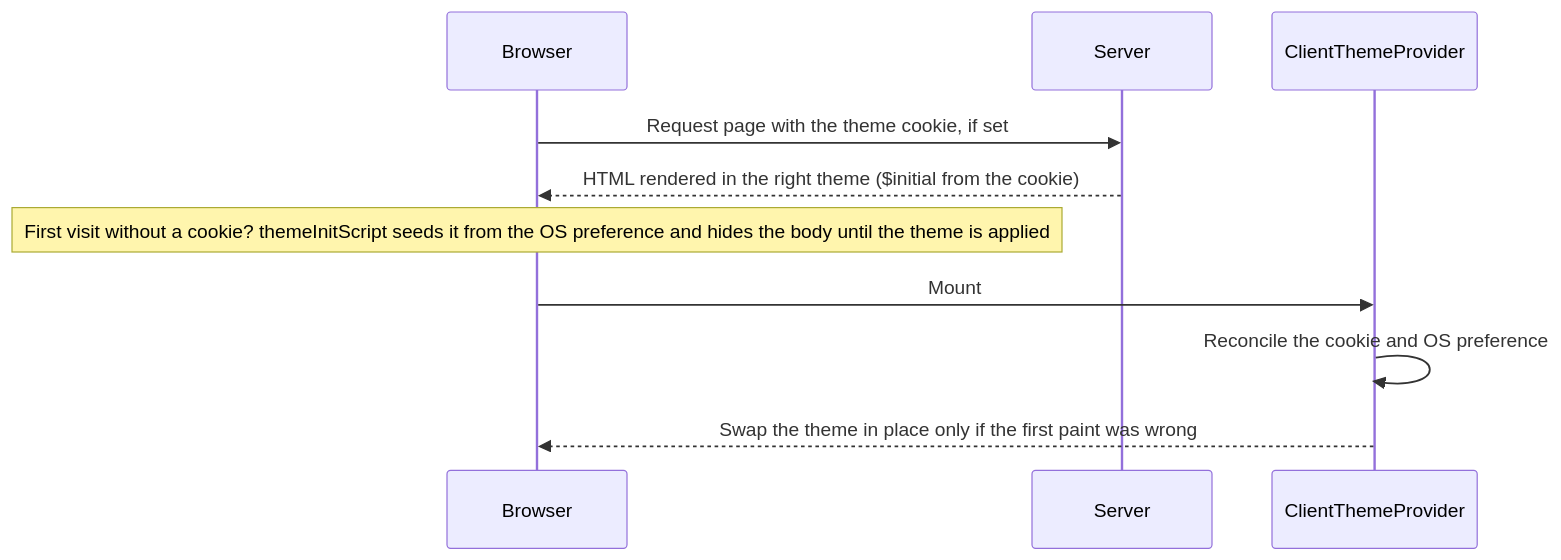
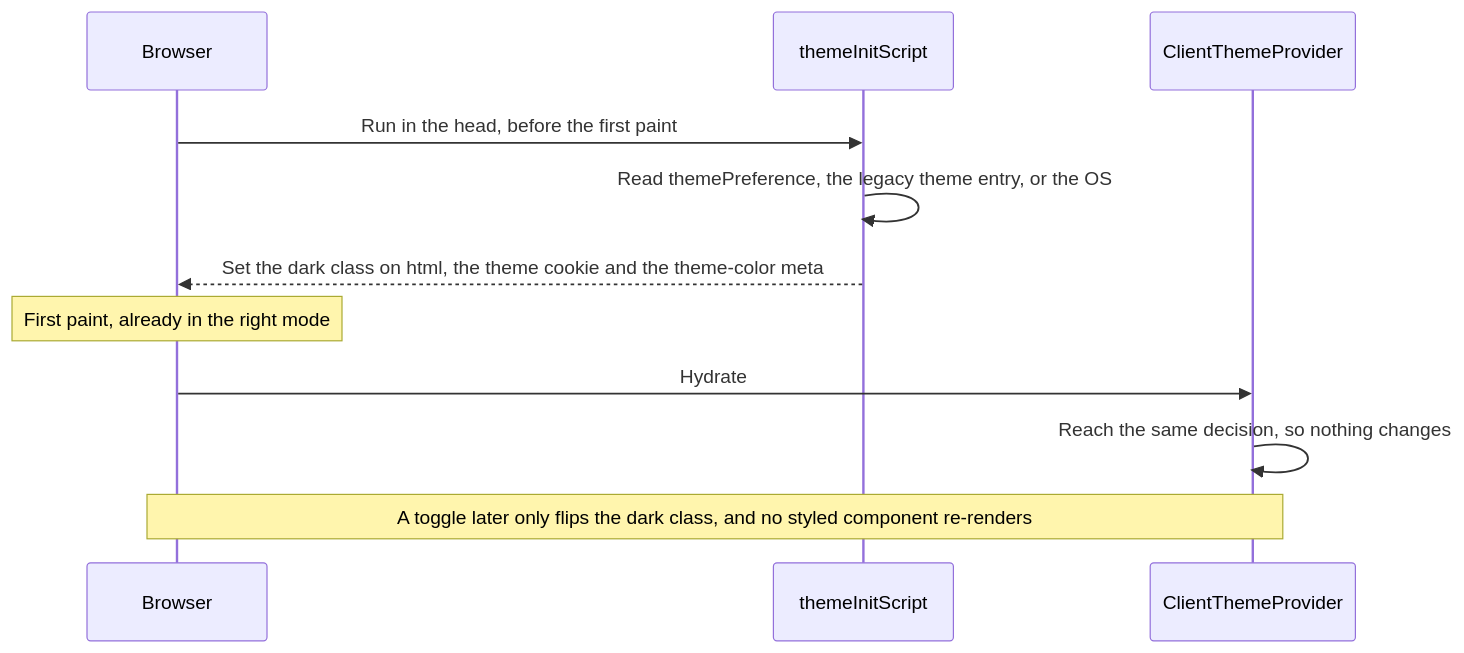
Before and after one commit to cherry-design-system/documentation: the diagram in docs/code/dark-mode.mdx, drawn with Mermaid. The commit also changed other lines of this file and 10 other files, not shown here.

First line of the commit message:
docs: document 0.3.0 light and dark mode through CSS variables

````diff
--- a/docs/code/dark-mode.mdx
+++ b/docs/code/dark-mode.mdx
@@ -81,12 +197,13 @@
 ```mermaid
 sequenceDiagram
   participant Browser
-  participant Server
+  participant Script as themeInitScript
   participant Provider as ClientThemeProvider
-  Browser->>Server: Request page with the theme cookie, if set
-  Server-->>Browser: HTML rendered in the right theme ($initial from the cookie)
-  Note over Browser: First visit without a cookie? themeInitScript seeds it from the OS preference and hides the body until the theme is applied
-  Browser->>Provider: Mount
-  Provider->>Provider: Reconcile the cookie and OS preference
-  Provider-->>Browser: Swap the theme in place only if the first paint was wrong
+  Browser->>Script: Run in the head, before the first paint
+  Script->>Script: Read themePreference, the legacy theme entry, or the OS
+  Script-->>Browser: Set the dark class on html, the theme cookie and the theme-color meta
+  Note over Browser: First paint, already in the right mode
+  Browser->>Provider: Hydrate
+  Provider->>Provider: Reach the same decision, so nothing changes
+  Note over Browser,Provider: A toggle later only flips the dark class, and no styled component re-renders
 ```
````
